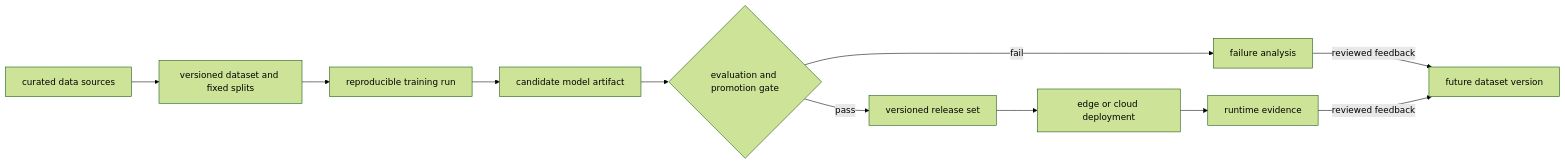
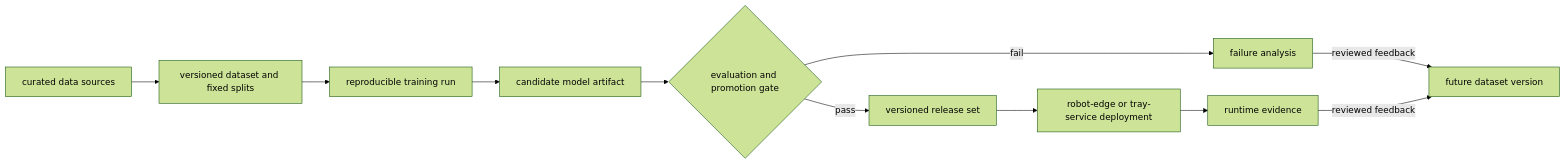
The diagram in docs/20-architecture/E-data-and-model-lifecycle.md (AhmedGhita1/SURINGT-instruments), drawn with Mermaid (forest theme) before and after one commit. The commit also changed 4 other files, not shown here.

````diff
--- a/docs/20-architecture/E-data-and-model-lifecycle.md
+++ b/docs/20-architecture/E-data-and-model-lifecycle.md
@@ -7,13 +7,13 @@
 ```mermaid
 flowchart LR
     sources[curated data sources] --> dataset[versioned dataset and fixed splits]
     dataset --> training[reproducible training run]
     training --> candidate[candidate model artifact]
     candidate --> gate{evaluation and promotion gate}
     gate -->|fail| analysis[failure analysis]
     gate -->|pass| release[versioned release set]
-    release --> deployment[edge or cloud deployment]
+    release --> deployment[robot-edge or tray-service deployment]
     deployment --> evidence[runtime evidence]
     analysis -->|reviewed feedback| future[future dataset version]
     evidence -->|reviewed feedback| future
 ```
````
